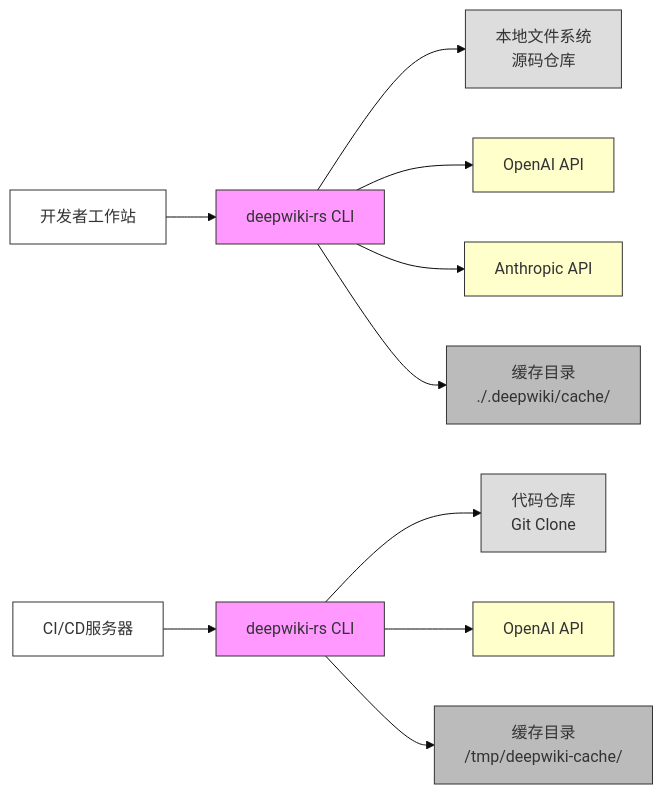
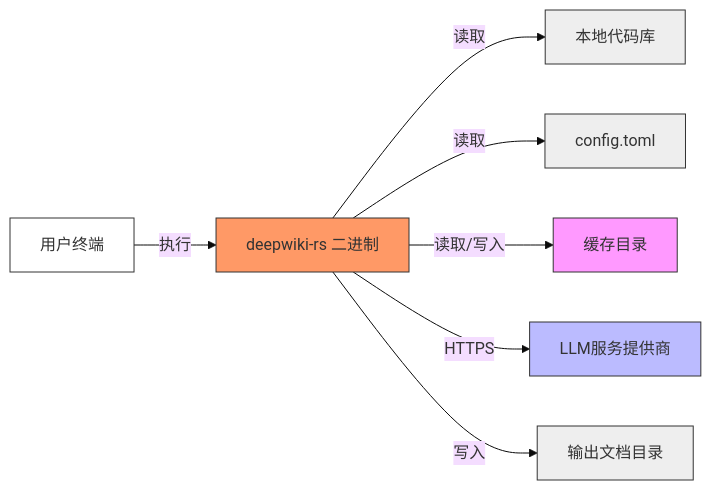
The sixth of 6 diagrams in docs/2、架构概览.md (BigtoC/deepwiki-rs), drawn with Mermaid (base theme) before and after one commit. The commit also changed other lines of this file and 12 other files, not shown here.

````diff
--- a/docs/2、架构概览.md
+++ b/docs/2、架构概览.md
@@ -602,25 +609,24 @@
 ```mermaid
 graph LR
-    A[开发者工作站] --> B[deepwiki-rs CLI]
-    B --> C[本地文件系统<br>源码仓库]
-    B --> D[OpenAI API]
-    B --> E[Anthropic API]
-    B --> F[缓存目录<br>./.deepwiki/cache/]
-
-    G[CI/CD服务器] --> H[deepwiki-rs CLI]
-    H --> I[代码仓库<br>Git Clone]
-    H --> J[OpenAI API]
-    H --> K[缓存目录<br>/tmp/deepwiki-cache/]
+    A[用户终端] -->|执行| B[deepwiki-rs 二进制]
+    B -->|读取| C[本地代码库]
+    B -->|读取| D[config.toml]
+    B -->|读取/写入| E[缓存目录]
+    B -->|HTTPS| F[LLM服务提供商]
+    B -->|写入| G[输出文档目录]
 
     style A fill:#fff,stroke:#333
-    style G fill:#fff,stroke:#333
-    style B fill:#f9f,stroke:#333
-    style H fill:#f9f,stroke:#333
-    style C fill:#ddd,stroke:#333
-    style I fill:#ddd,stroke:#333
-    style D fill:#ffc,stroke:#333
-    style E fill:#ffc,stroke:#333
-    style J fill:#ffc,stroke:#333
-    style F fill:#bbb,stroke:#333
-    style K fill:#bbb,stroke:#333
+    style B fill:#f96,stroke:#333
+    style C fill:#eee
+    style D fill:#eee
+    style E fill:#f9f
+    style F fill:#bbf
+    style G fill:#eee
+
+    classDef local fill:#eee,stroke:#333;
+    classDef tool fill:#f96,stroke:#333;
+    classDef cloud fill:#bbf,stroke:#333;
+    class C,D,E,G local;
+    class B tool;
+    class F cloud;
 ```
````
